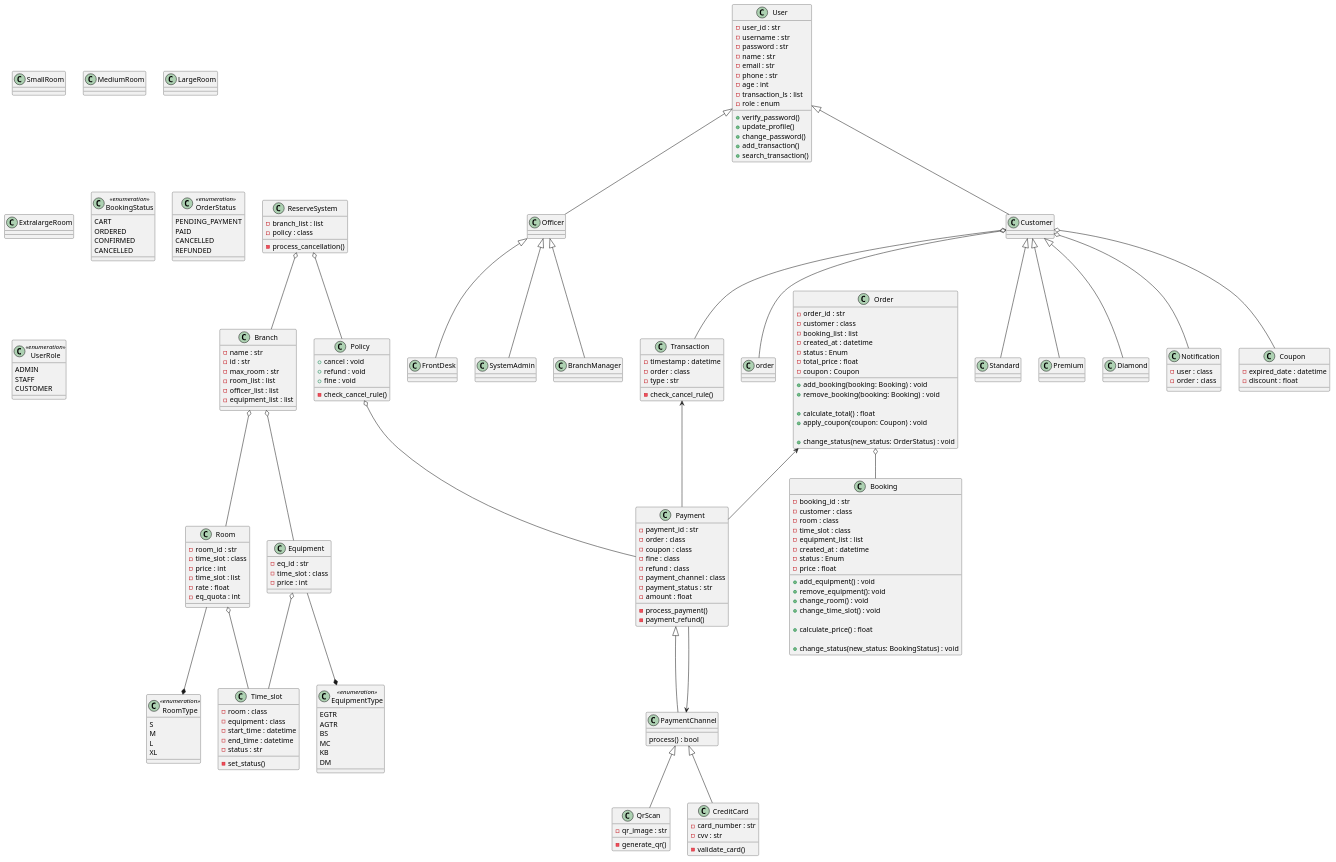
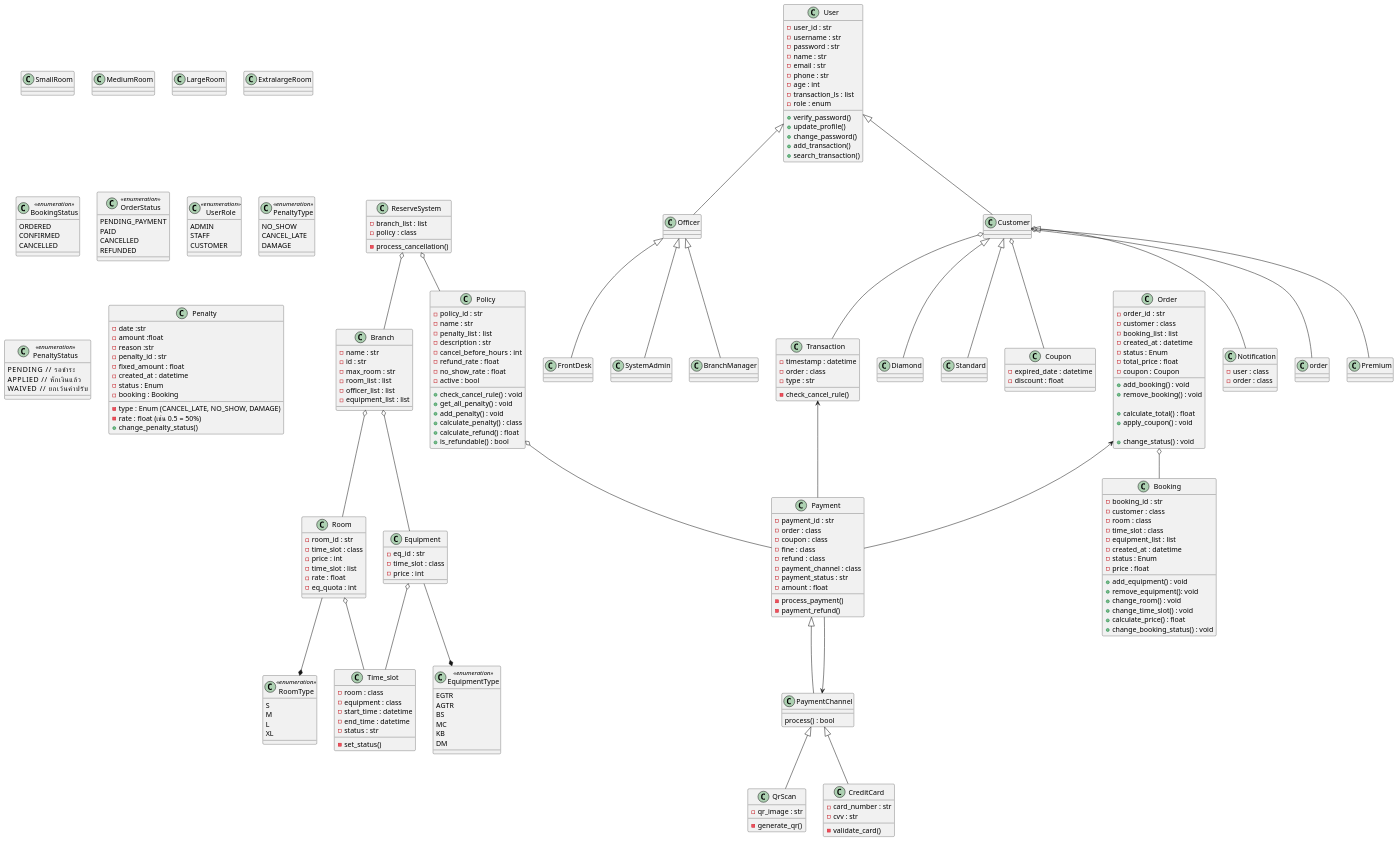
One commit to pjngth998/RhythmReserve changed the diagram in diagram/class_diagram.puml. Above: the diagram before and after it, drawn with PlantUML.

Commit message:
Penalty and Policy

```diff
--- a/diagram/class_diagram.puml
+++ b/diagram/class_diagram.puml
@@ -1,6 +1,4 @@
 @startuml
-
-
 
 class ReserveSystem{
     -branch_list : list
@@ -64,7 +62,6 @@
 
 
 class BookingStatus <<enumeration>> {
-    CART
     ORDERED
     CONFIRMED
     CANCELLED
@@ -84,10 +81,8 @@
     +remove_equipment(): void
     +change_room() : void
     +change_time_slot() : void
-
     +calculate_price() : float
-
-    +change_status(new_status: BookingStatus) : void
+    +change_booking_status() : void
 }
 
 class OrderStatus <<enumeration>> {
@@ -106,13 +101,13 @@
     -total_price : float
     -coupon : Coupon
 
-    +add_booking(booking: Booking) : void
-    +remove_booking(booking: Booking) : void
+    +add_booking() : void
+    +remove_booking() : void
 
     +calculate_total() : float
-    +apply_coupon(coupon: Coupon) : void
+    +apply_coupon() : void
 
-    +change_status(new_status: OrderStatus) : void
+    +change_status() : void
 }
 
 
@@ -153,7 +148,7 @@
 
 }
 
-class UserRole <<enumeration>>{
+class UserRole <<enumeration>> {
     ADMIN
     STAFF
     CUSTOMER
@@ -209,12 +204,47 @@
 
 }
 
+class PenaltyType <<enumeration>> {
+    NO_SHOW
+    CANCEL_LATE
+    DAMAGE
+}
+
+class PenaltyStatus <<enumeration>> {
+    PENDING      // รอชำระ
+    APPLIED      // หักเงินแล้ว
+    WAIVED       // ยกเว้นค่าปรับ
+}
+
+class Penalty {
+    -date :str
+    -amount :float
+    -reason :str
+    - penalty_id : str
+    - type : Enum (CANCEL_LATE, NO_SHOW, DAMAGE)
+    - rate : float (เช่น 0.5 = 50%)
+    - fixed_amount : float
+    - created_at : datetime
+    - status : Enum 
+    - booking : Booking
+    +change_penalty_status()
+}
+
 class Policy{
-    +cancel : void
-    +refund : void
-    +fine : void
-    -check_cancel_rule()
-
+    - policy_id : str
+    - name : str
+    -penalty_list : list
+    - description : str
+    - cancel_before_hours : int
+    - refund_rate : float
+    - no_show_rate : float
+    - active : bool
+    +check_cancel_rule() : void
+    +get_all_penalty() : void
+    +add_penalty() : void
+    + calculate_penalty() : class
+    + calculate_refund() : float
+    + is_refundable() : bool
 }
 
 class Notification{
```
